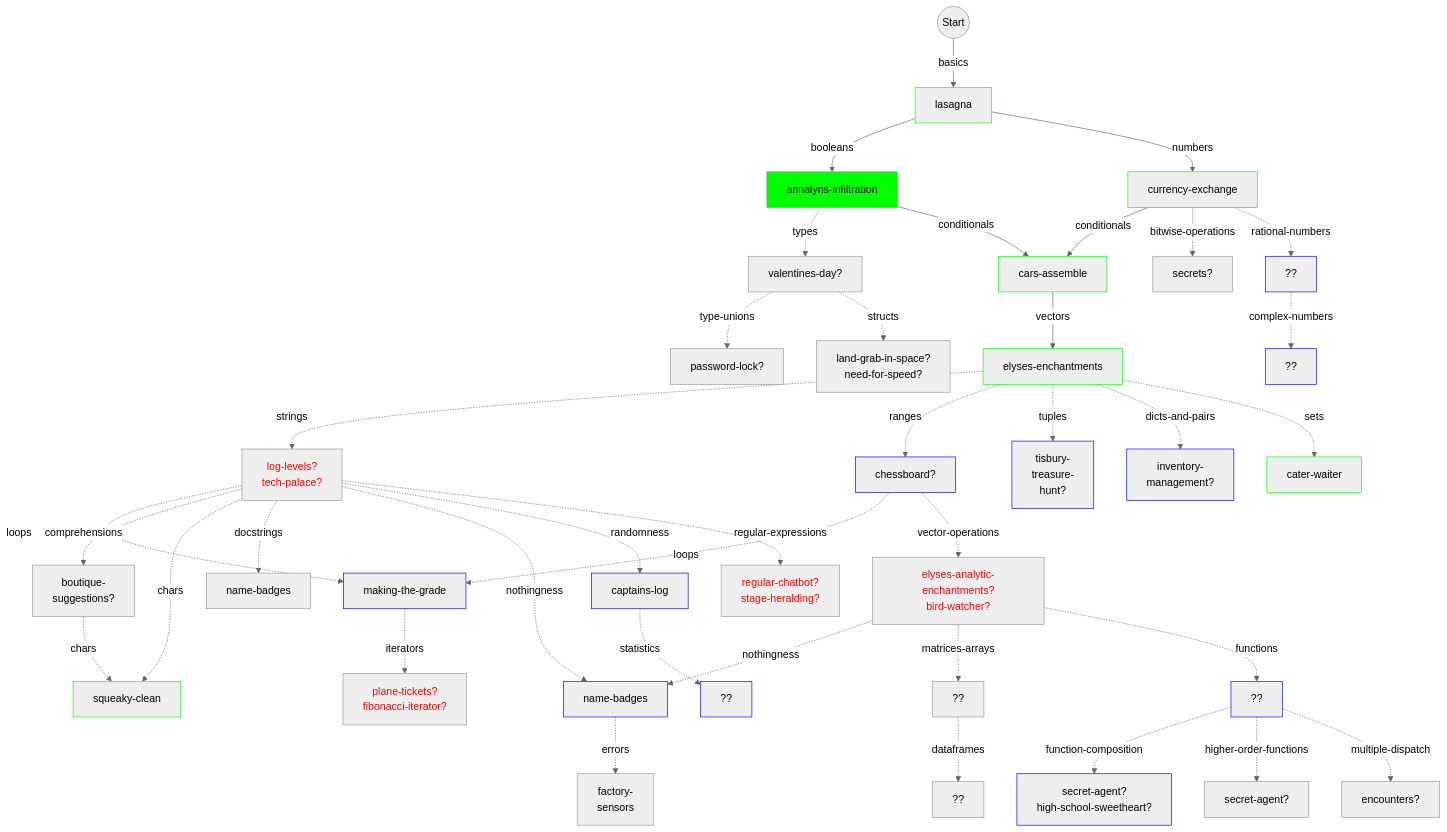
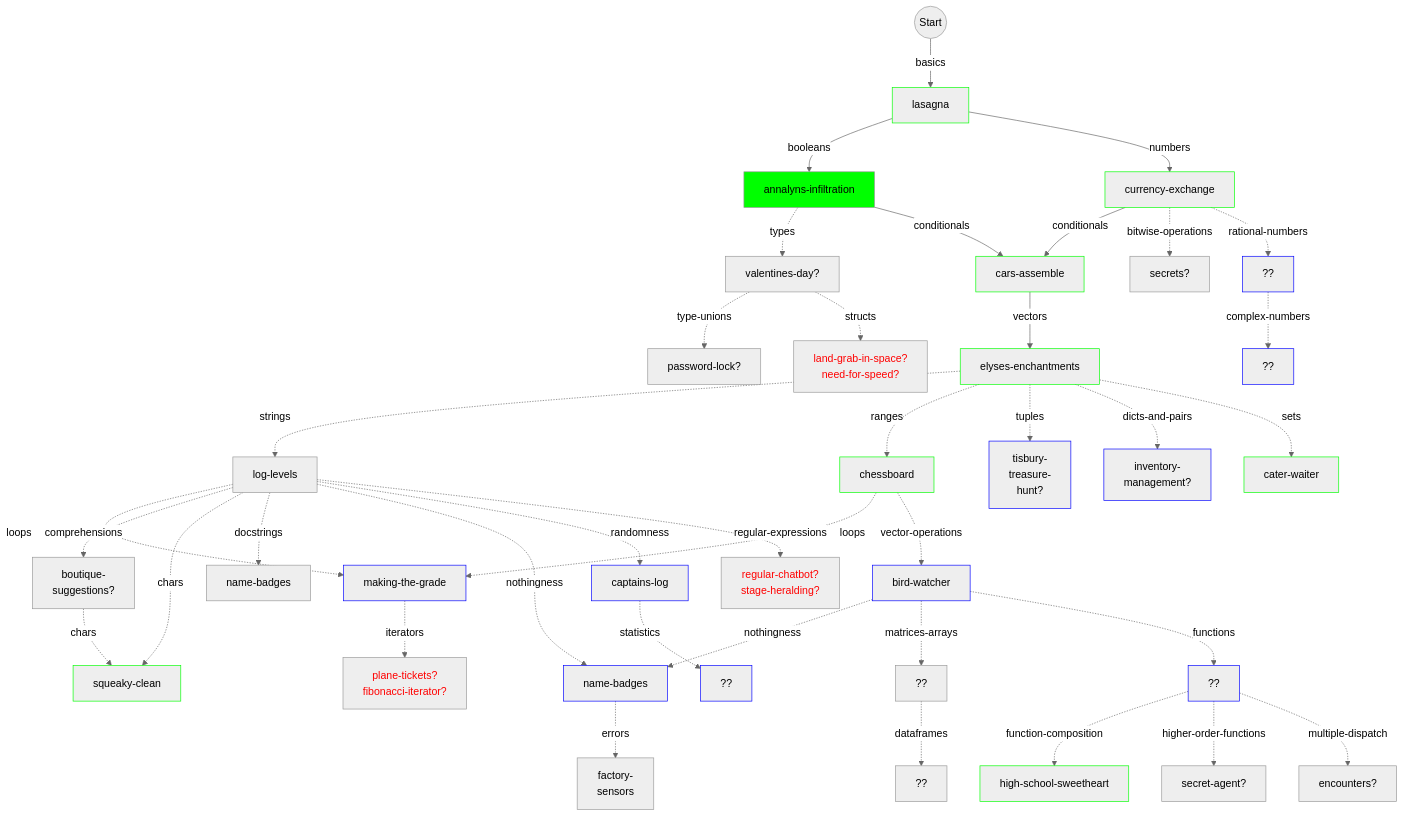
One commit to colinleach/learning-track-doodles changed the diagram in julia/flowchart.md. Above: the diagram before and after it, drawn with Mermaid (neutral theme).

Commit message:
picked exercises

```diff
--- a/julia/flowchart.md
+++ b/julia/flowchart.md
@@ -30,7 +30,7 @@
 %% style type-unions fill:#0f0
 
 types -.structs.-> structs["land-grab-in-space?<br/>need-for-speed?"]
-%% style structs fill:#0f0
+style structs  color:#f00
 
 booleans --conditionals--> conditionals["cars-assemble"]
 style conditionals stroke:#0f0
@@ -47,17 +47,17 @@
 ranges -.loops.-> loops["making-the-grade"]
 style loops stroke:#00f
 
-vectors -.strings.-> strings["log-levels?<br/>tech-palace?"]
-style strings color:#f00
+vectors -.strings.-> strings["log-levels"]
+%% style strings 
 
 %% ranges -.loops.-> loops["mixed-juices?<br/>making-the-grade?"]
 %% style loops stroke:#0f0
 
-ranges -.vector-operations.-> vector-operations["elyses-analytic-enchantments?<br/>bird-watcher?"]
-style vector-operations color:#f00
+ranges -.vector-operations.-> vector-operations["bird-watcher"]
+style vector-operations stroke:#00f
 
-vectors -.ranges.-> ranges["chessboard?"]
-style ranges stroke:#00f
+vectors -.ranges.-> ranges["chessboard"]
+style ranges stroke:#0f0
 
 strings -.comprehensions.-> comprehensions["boutique-<br/>suggestions?"]
 %% style comprehensions stroke:#0f0
@@ -119,8 +119,8 @@
 %% vectors -.broadcasting.-> broadcasting["??"]
 %% %% style broadcasting fill:#f00,color:#fff
 
-functions -.function-composition.-> function-composition["secret-agent?<br/>high-school-sweetheart?"]
-style function-composition stroke:#00f
+functions -.function-composition.-> function-composition["high-school-sweetheart"]
+style function-composition stroke:#0f0
 
 functions -.higher-order-functions.-> higher-order-functions["secret-agent?"]
 %% style higher-order-functions fill:#f00,color:#fff
```
